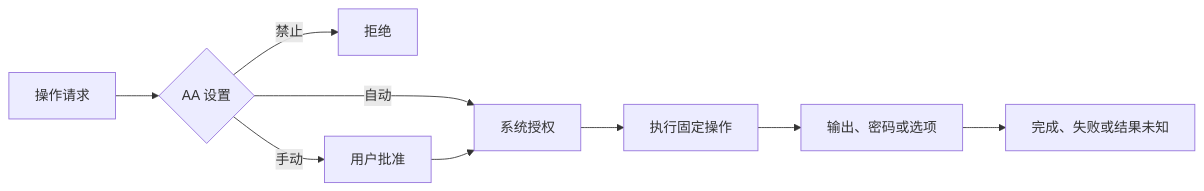
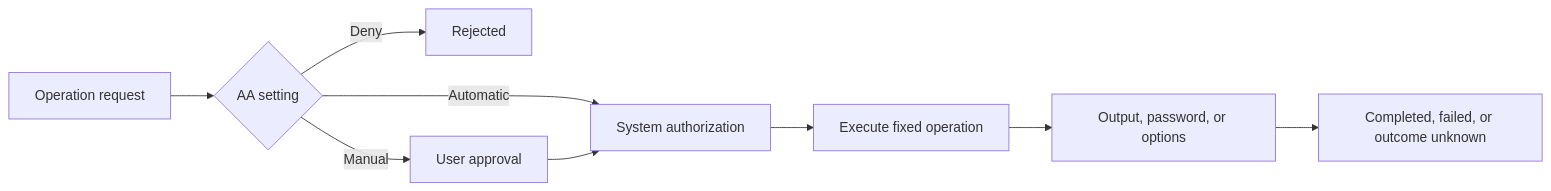
One commit to peixuanthomas/TundraUX3 changed the diagram in crates/auto-admin/README.md. Above: the diagram before and after it, drawn with Mermaid. The commit also changed other lines of this file and 69 other files, not shown here.

````diff
--- a/crates/auto-admin/README.md
+++ b/crates/auto-admin/README.md
@@ -12,11 +12,11 @@
 ```mermaid
 flowchart LR
-    Request[操作请求] --> Policy{AA 设置}
-    Policy -->|禁止| Rejected[拒绝]
-    Policy -->|手动| Approval[用户批准]
-    Policy -->|自动| OS[系统授权]
+    Request[Operation request] --> Policy{AA setting}
+    Policy -->|Deny| Rejected[Rejected]
+    Policy -->|Manual| Approval[User approval]
+    Policy -->|Automatic| OS[System authorization]
     Approval --> OS
-    OS --> Task[执行固定操作]
-    Task --> Interaction[输出、密码或选项]
-    Interaction --> Result[完成、失败或结果未知]
+    OS --> Task[Execute fixed operation]
+    Task --> Interaction[Output, password, or options]
+    Interaction --> Result[Completed, failed, or outcome unknown]
 ```
````
